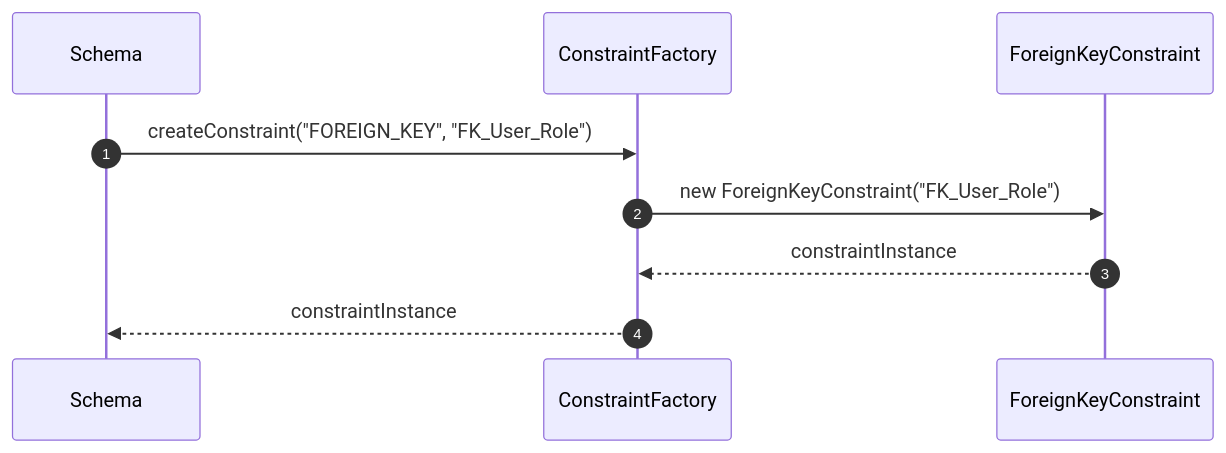
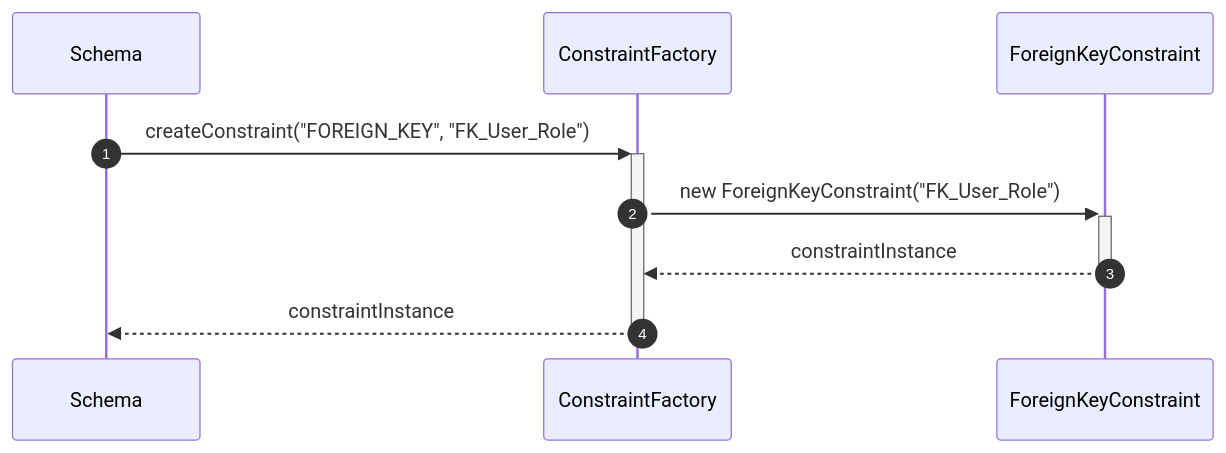
Diagram 11 of 14 in docs/design_patterns/README.md (Dikhang1112/Database_Management_BBV), drawn with Mermaid before and after one commit. The commit also changed other lines of this file and 12 other files, not shown here.

Commit message:
Refactor sequece diagram

````diff
--- a/docs/design_patterns/README.md
+++ b/docs/design_patterns/README.md
@@ -773,12 +773,12 @@
 ```mermaid
 sequenceDiagram
     autonumber
     participant Schema as Schema
     participant CF as ConstraintFactory
     participant FK as ForeignKeyConstraint
 
-    Schema->>CF: createConstraint("FOREIGN_KEY", "FK_User_Role")
-    CF->>FK: new ForeignKeyConstraint("FK_User_Role")
-    FK-->>CF: constraintInstance
-    CF-->>Schema: constraintInstance
+    Schema->>+CF: createConstraint("FOREIGN_KEY", "FK_User_Role")
+    CF->>+FK: new ForeignKeyConstraint("FK_User_Role")
+    FK-->>-CF: constraintInstance
+    CF-->>-Schema: constraintInstance
 ```
````
